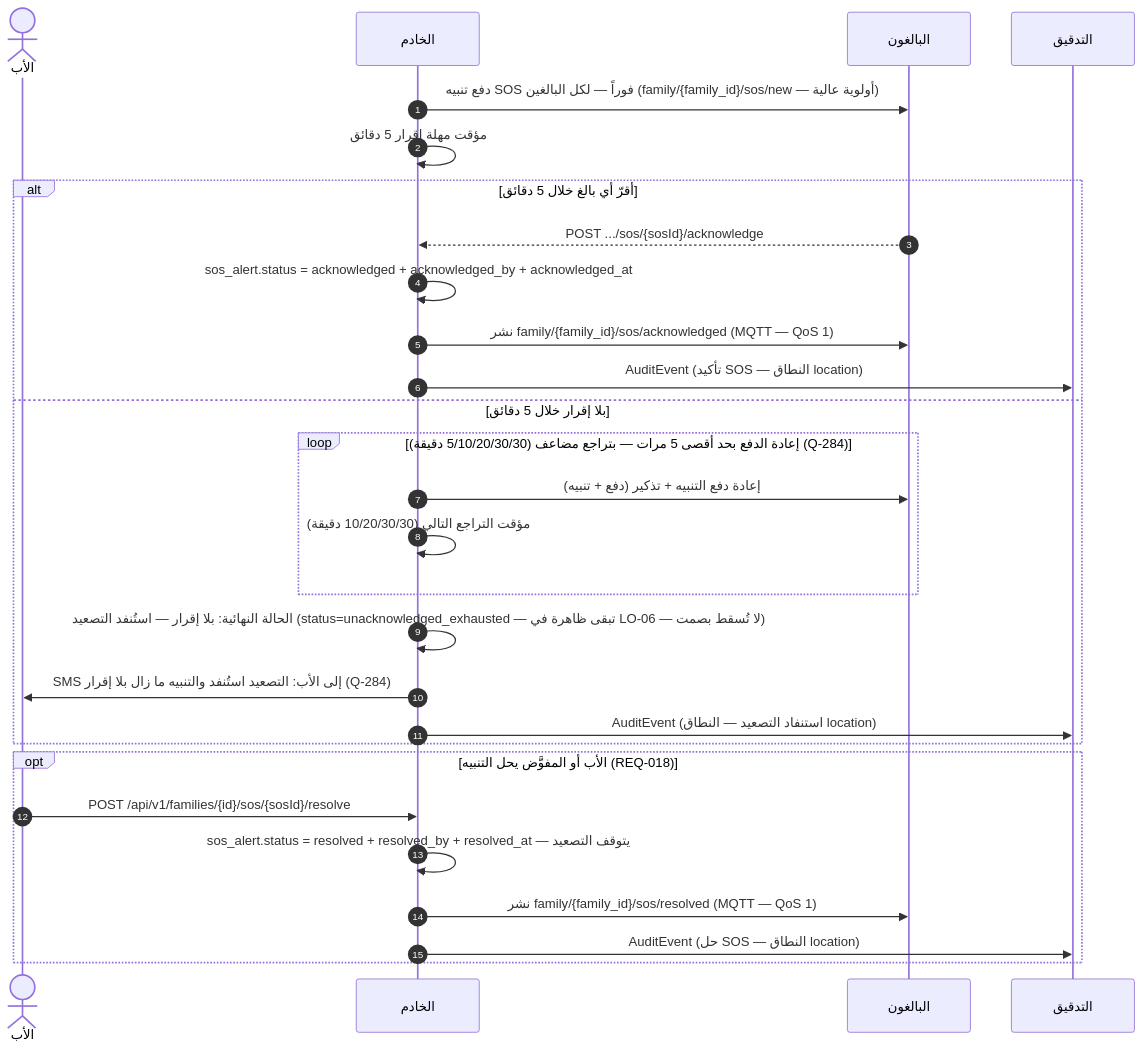
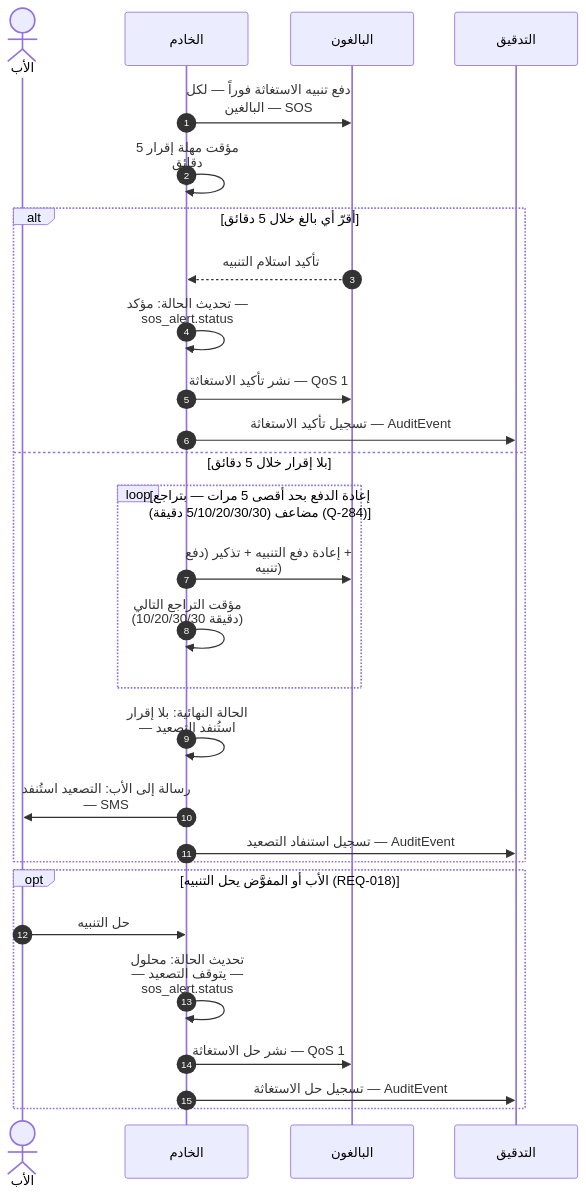
Diagram 13 of 30 in docs/family-os/governance/phases/phase-1/S1-07-location-basic/DIAGRAMS.md (Bassam-mohammed-alqaeadi/family-os-v2), drawn with Mermaid before and after one commit. The commit also changed other lines of this file, not shown here.

````diff
--- a/docs/family-os/governance/phases/phase-1/S1-07-location-basic/DIAGRAMS.md
+++ b/docs/family-os/governance/phases/phase-1/S1-07-location-basic/DIAGRAMS.md
@@ -453,30 +529,31 @@
 ```mermaid
+    %%{init: {"sequence": {"wrap": true}}}%%
 sequenceDiagram
     autonumber
     actor Father as الأب
     participant Ktor as الخادم
     participant Adults as البالغون
     participant Audit as التدقيق
-    Ktor->>Adults: دفع تنبيه SOS فوراً — لكل البالغين (family/{family_id}/sos/new — أولوية عالية)
+    Ktor->>Adults: دفع تنبيه الاستغاثة فوراً — لكل البالغين — SOS
     Ktor->>Ktor: مؤقت مهلة إقرار 5 دقائق
     alt أقرّ أي بالغ خلال 5 دقائق
-        Adults-->>Ktor: POST .../sos/{sosId}/acknowledge
-        Ktor->>Ktor: sos_alert.status = acknowledged + acknowledged_by + acknowledged_at
-        Ktor->>Adults: نشر family/{family_id}/sos/acknowledged (MQTT — QoS 1)
-        Ktor->>Audit: AuditEvent (تأكيد SOS — النطاق location)
+        Adults-->>Ktor: تأكيد استلام التنبيه
+        Ktor->>Ktor: تحديث الحالة: مؤكد — sos_alert.status
+        Ktor->>Adults: نشر تأكيد الاستغاثة — QoS 1
+        Ktor->>Audit: تسجيل تأكيد الاستغاثة — AuditEvent
     else بلا إقرار خلال 5 دقائق
         loop إعادة الدفع بحد أقصى 5 مرات — بتراجع مضاعف (5/10/20/30/30 دقيقة) (Q-284)
             Ktor->>Adults: إعادة دفع التنبيه + تذكير (دفع + تنبيه)
             Ktor->>Ktor: مؤقت التراجع التالي (10/20/30/30 دقيقة)
         end
-        Ktor->>Ktor: الحالة النهائية: بلا إقرار — استُنفد التصعيد (status=unacknowledged_exhausted — تبقى ظاهرة في LO-06 — لا تُسقط بصمت)
-        Ktor->>Father: SMS إلى الأب: التصعيد استُنفد والتنبيه ما زال بلا إقرار (Q-284)
-        Ktor->>Audit: AuditEvent (استنفاد التصعيد — النطاق location)
+        Ktor->>Ktor: الحالة النهائية: بلا إقرار — استُنفد التصعيد
+        Ktor->>Father: رسالة إلى الأب: التصعيد استُنفد — SMS
+        Ktor->>Audit: تسجيل استنفاد التصعيد — AuditEvent
     end
     opt الأب أو المفوَّض يحل التنبيه (REQ-018)
-        Father->>Ktor: POST /api/v1/families/{id}/sos/{sosId}/resolve
-        Ktor->>Ktor: sos_alert.status = resolved + resolved_by + resolved_at — يتوقف التصعيد
-        Ktor->>Adults: نشر family/{family_id}/sos/resolved (MQTT — QoS 1)
-        Ktor->>Audit: AuditEvent (حل SOS — النطاق location)
+        Father->>Ktor: حل التنبيه
+        Ktor->>Ktor: تحديث الحالة: محلول — يتوقف التصعيد — sos_alert.status
+        Ktor->>Adults: نشر حل الاستغاثة — QoS 1
+        Ktor->>Audit: تسجيل حل الاستغاثة — AuditEvent
     end
 ```
````
